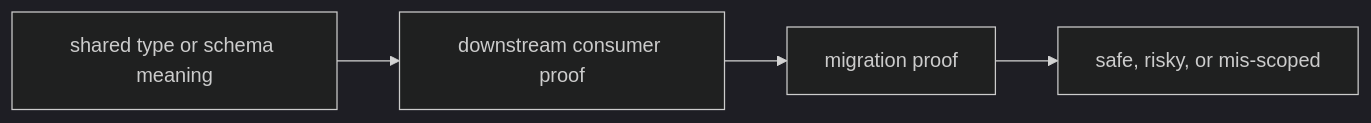
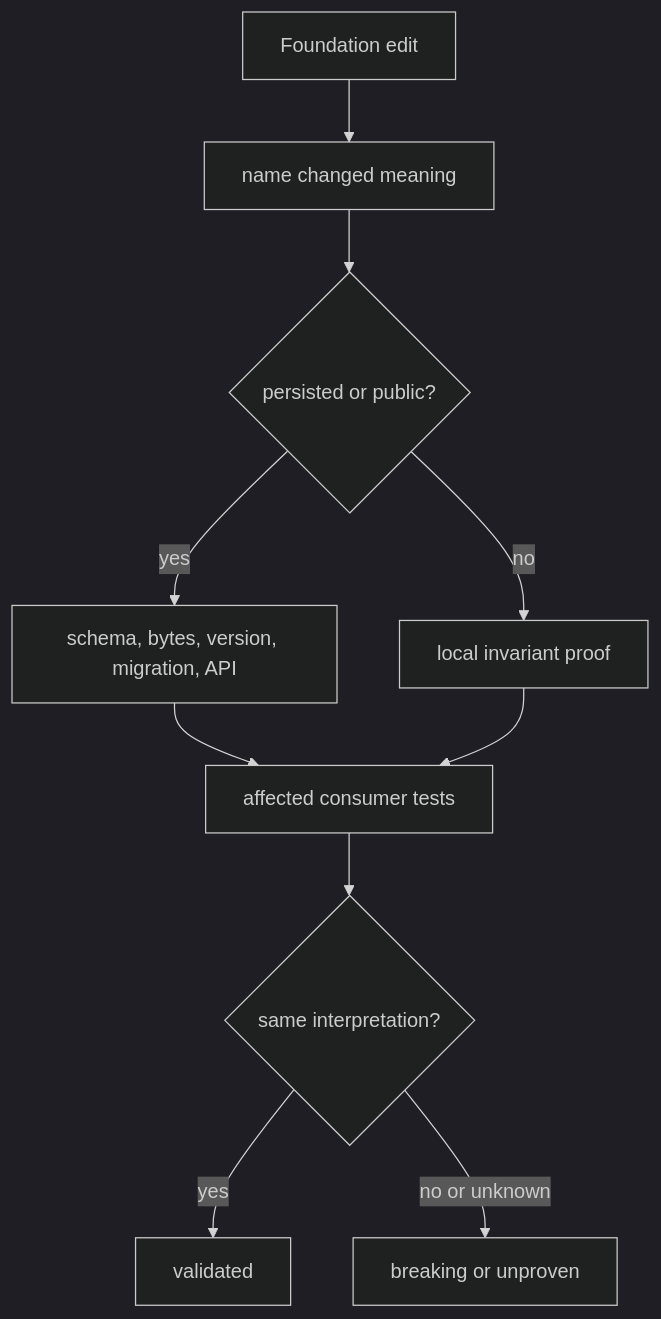
One commit to bijux/bijux-proteomics changed the diagram in docs/03-bijux-proteomics-foundation/quality/change-validation.md. Above: the diagram before and after it, drawn with Mermaid (dark theme). The commit also changed other lines of this file and 2 other files, not shown here.

Commit message:
docs(foundation): trace shared contract validation

````diff
--- a/docs/03-bijux-proteomics-foundation/quality/change-validation.md
+++ b/docs/03-bijux-proteomics-foundation/quality/change-validation.md
@@ -16,9 +30,12 @@
 ```mermaid
-flowchart LR
-    meaning["shared type or schema meaning"]
-    downstream["downstream consumer proof"]
-    migration["migration proof"]
-    verdict["safe, risky, or mis-scoped"]
-
-    meaning --> downstream --> migration --> verdict
+flowchart TD
+    E["Foundation edit"] --> M["name changed meaning"]
+    M --> S{"persisted or public?"}
+    S -->|yes| V["schema, bytes, version, migration, API"]
+    S -->|no| L["local invariant proof"]
+    V --> C["affected consumer tests"]
+    L --> C
+    C --> D{"same interpretation?"}
+    D -->|yes| P["validated"]
+    D -->|no or unknown| B["breaking or unproven"]
 ```
````
